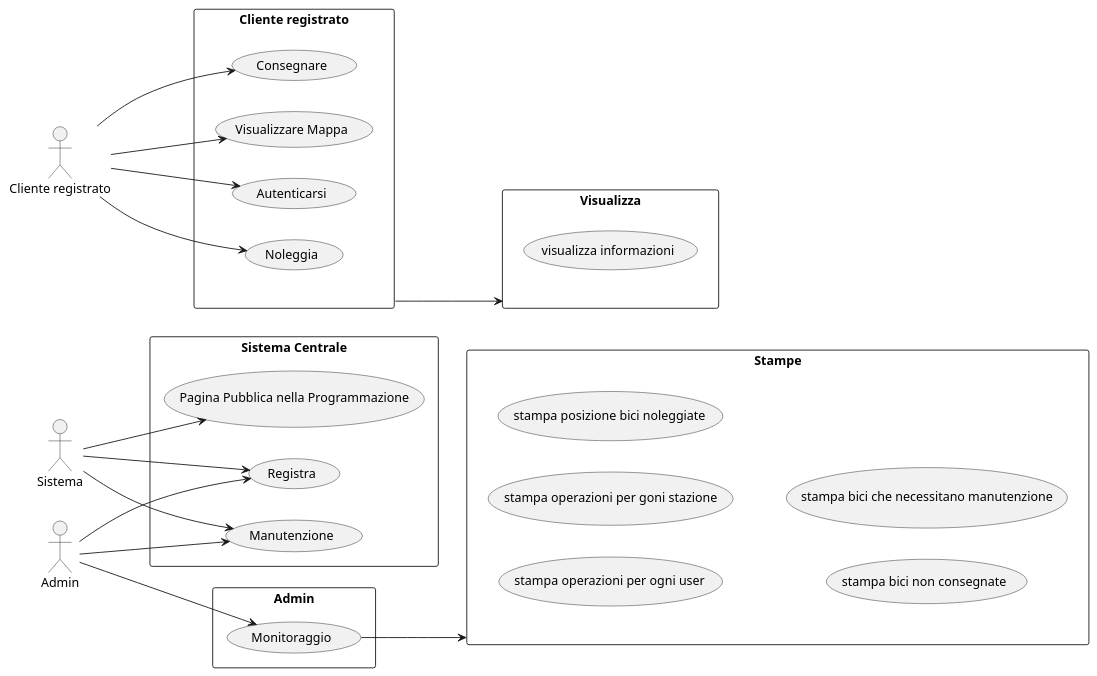
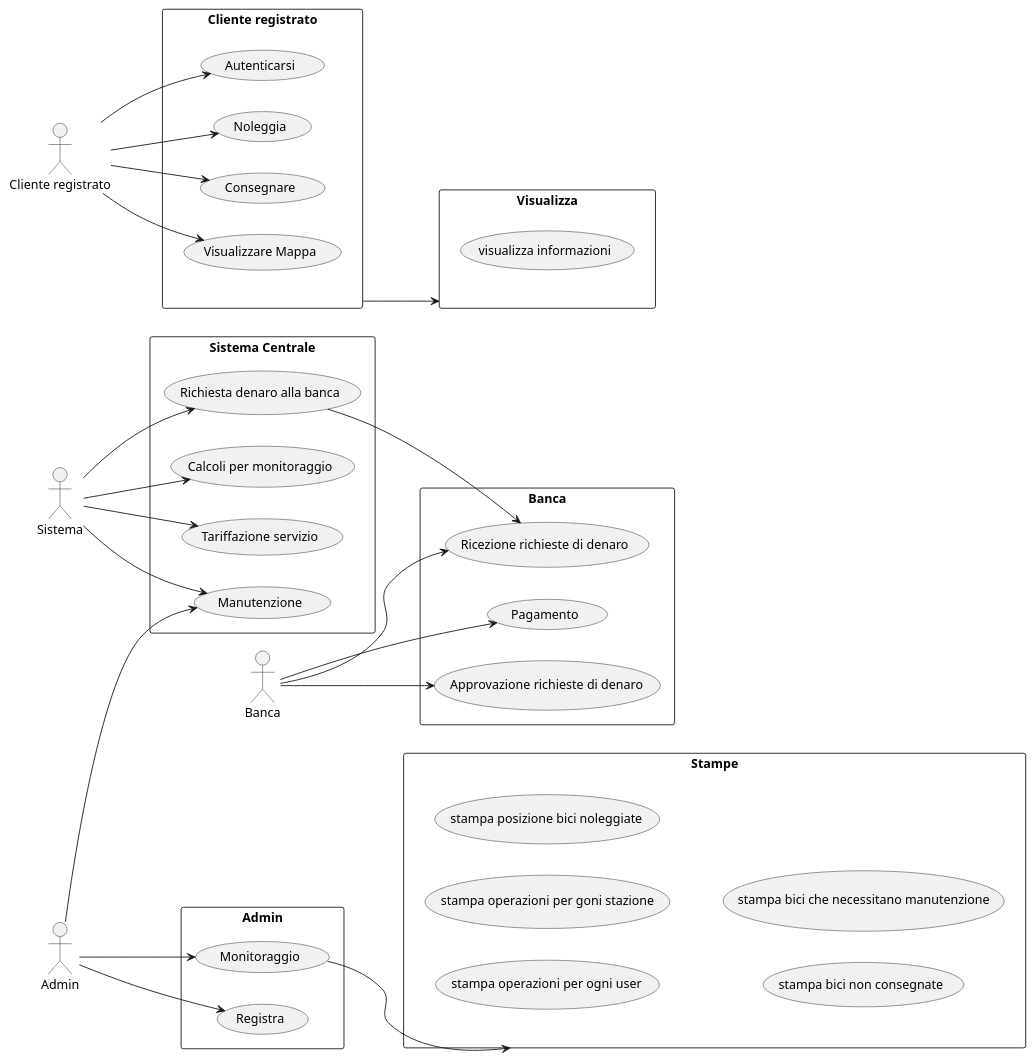
The diagram in analisi/diagrammi/diagrammi_UML/USE_CASE_DIAGRAM.puml (simoriv4/progetto_informatica), drawn with PlantUML before and after one commit. The commit also changed 3 other files, not shown here.

Commit message:
modifiche epr gestione pagamento aggiunta operazione todo modifica use case con aggiunta della banca e delle operazioni da effettuare con essa

```diff
--- a/analisi/diagrammi/diagrammi_UML/USE_CASE_DIAGRAM.puml
+++ b/analisi/diagrammi/diagrammi_UML/USE_CASE_DIAGRAM.puml
@@ -1,41 +1,50 @@
 @startuml
 left to right direction
 
 actor "Cliente registrato" as C
 actor Sistema as S
 actor Admin as A
+actor Banca as B
+
 ' actor Stampe as ST
 
 rectangle "Cliente registrato" {
     C --> (Autenticarsi)
     C --> (Noleggia)
     C --> (Consegnare)
     C --> (Visualizzare Mappa)
 }
+rectangle Banca {
+    B --> (Ricezione richieste di denaro)
+    B --> (Pagamento)
+    B --> (Approvazione richieste di denaro)
+}
 rectangle Visualizza{
     (visualizza informazioni)
 }
 (Cliente registrato)-->(Visualizza)
 ' gestisce transazioni tra utente e sistema
 rectangle "Sistema Centrale" {
-    S --> (Pagina Pubblica nella Programmazione)
-    S --> (Registra)
+    S --> (Calcoli per monitoraggio)
+    S --> (Tariffazione servizio)
     S --> (Manutenzione)
+    S --> (Richiesta denaro alla banca)
+    (Richiesta denaro alla banca)--> (Ricezione richieste di denaro)
 
 }
 
 rectangle "Admin" {
     A --> (Monitoraggio)
     A --> (Registra)
     A --> (Manutenzione)
 }
 rectangle "Stampe" {
     (stampa operazioni per ogni user)
     (stampa operazioni per goni stazione)
     (stampa posizione bici noleggiate)
     (stampa bici non consegnate)
     (stampa bici che necessitano manutenzione)
 }
 ' (C) --> (Visualizzare Mappa) : <<include>>
 (Monitoraggio) --> (Stampe)
 @enduml
```
